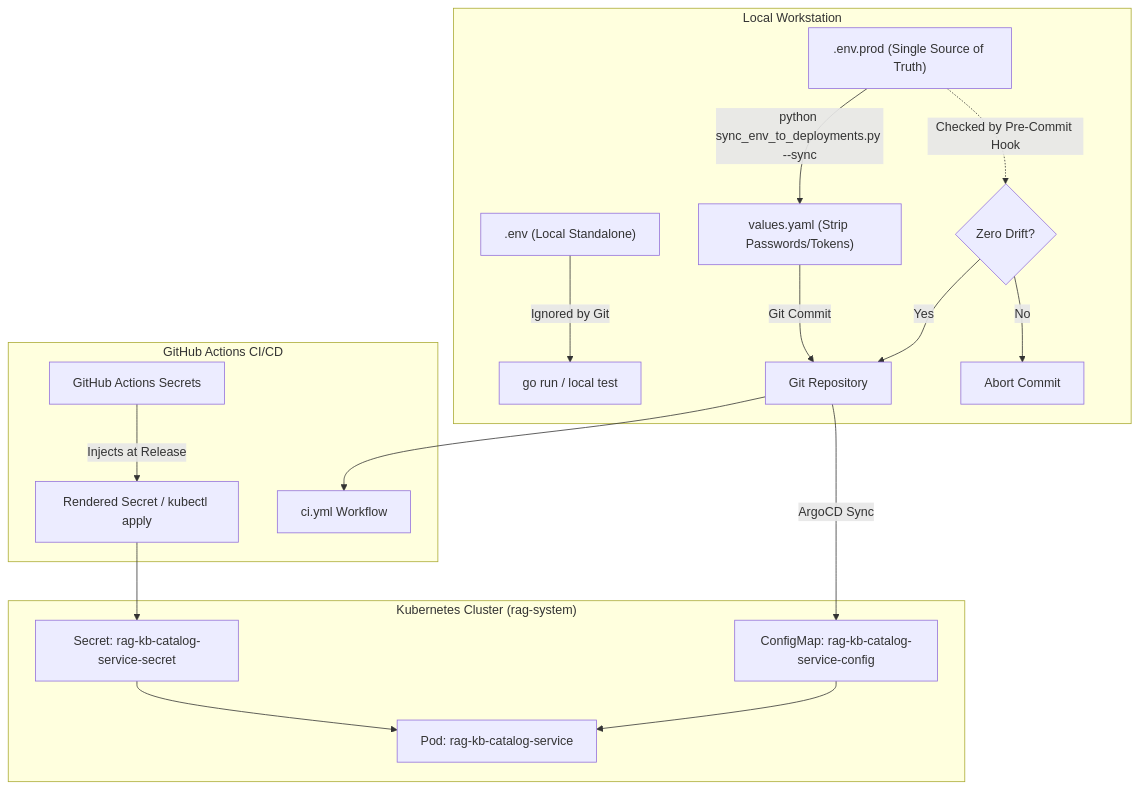
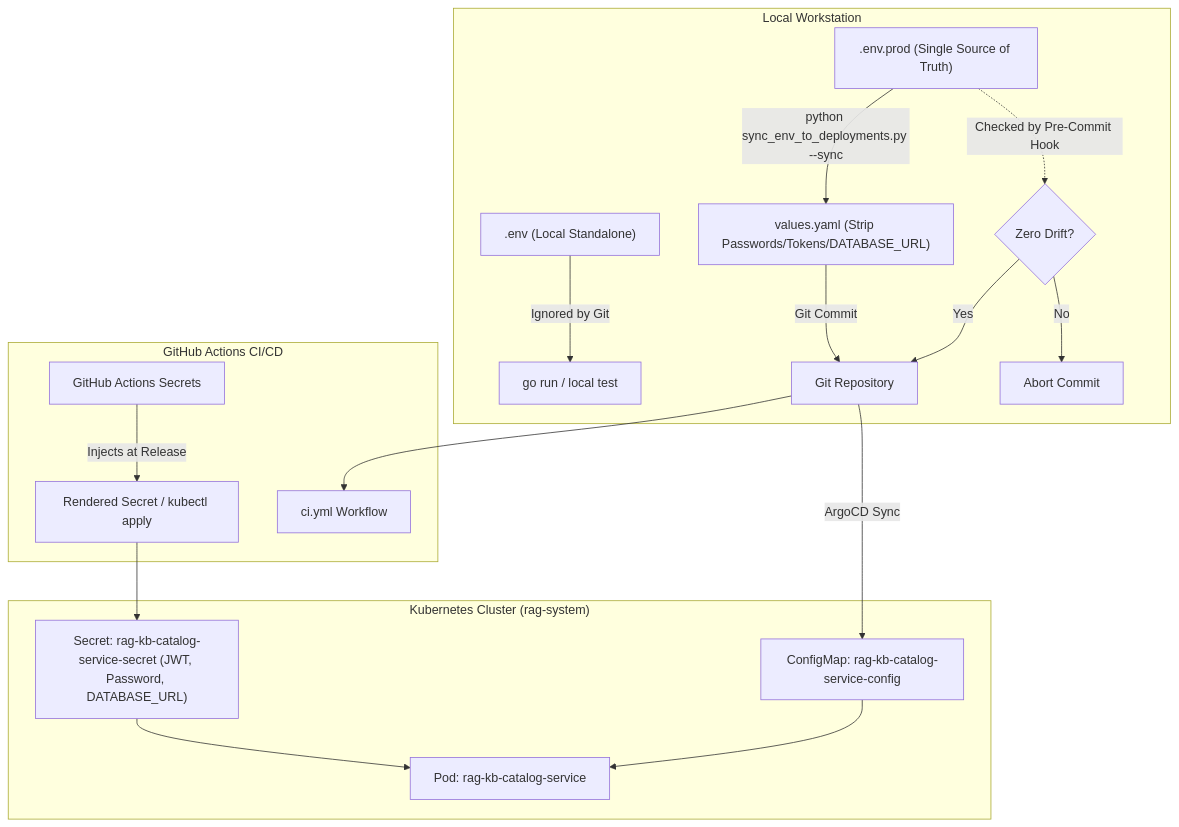
The diagram in deployments/SECRET_MANAGEMENT.md (Gemejime/Knowledge-Base-Catalog), drawn with Mermaid before and after one commit. The commit also changed other lines of this file, not shown here.

Commit message:
docs: document DATABASE_URL in secret management guide

````diff
--- a/deployments/SECRET_MANAGEMENT.md
+++ b/deployments/SECRET_MANAGEMENT.md
@@ -171,23 +188,23 @@
 ```mermaid
 flowchart TD
     subgraph Local["Local Workstation"]
         A[".env (Local Standalone)"] -->|Ignored by Git| B["go run / local test"]
-        C[".env.prod (Single Source of Truth)"] -->|python sync_env_to_deployments.py --sync| D["values.yaml (Strip Passwords/Tokens)"]
+        C[".env.prod (Single Source of Truth)"] -->|python sync_env_to_deployments.py --sync| D["values.yaml (Strip Passwords/Tokens/DATABASE_URL)"]
         D -->|Git Commit| E["Git Repository"]
         C -.->|Checked by Pre-Commit Hook| F{"Zero Drift?"}
         F -->|Yes| E
         F -->|No| G["Abort Commit"]
     end
 
     subgraph CI_CD["GitHub Actions CI/CD"]
         E --> H["ci.yml Workflow"]
         I["GitHub Actions Secrets"] -->|Injects at Release| J["Rendered Secret / kubectl apply"]
     end
 
     subgraph Cluster["Kubernetes Cluster (rag-system)"]
-        J --> K["Secret: rag-kb-catalog-service-secret"]
+        J --> K["Secret: rag-kb-catalog-service-secret (JWT, Password, DATABASE_URL)"]
         E -->|ArgoCD Sync| L["ConfigMap: rag-kb-catalog-service-config"]
         K --> M["Pod: rag-kb-catalog-service"]
         L --> M
     end
 ```
````
